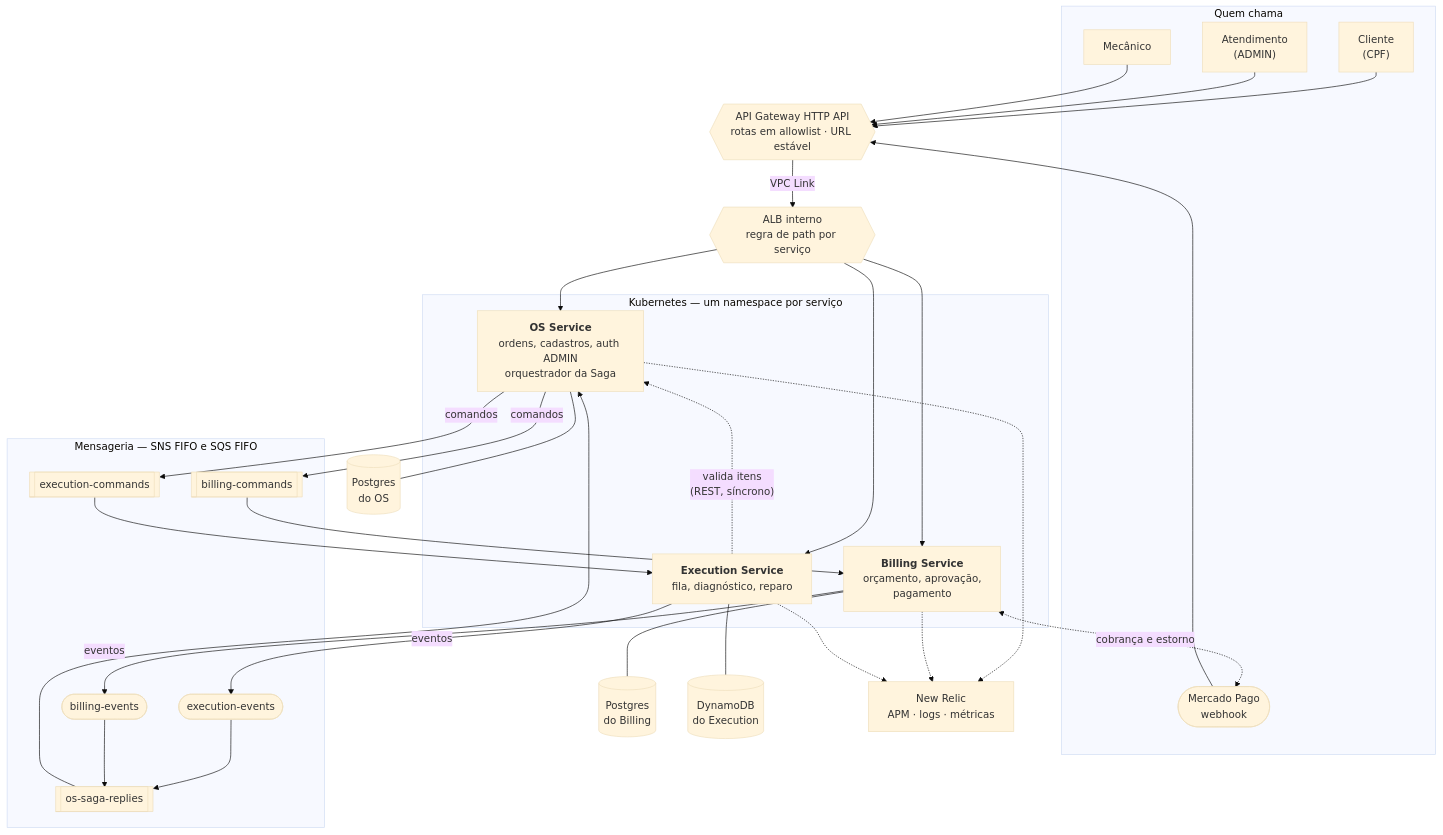
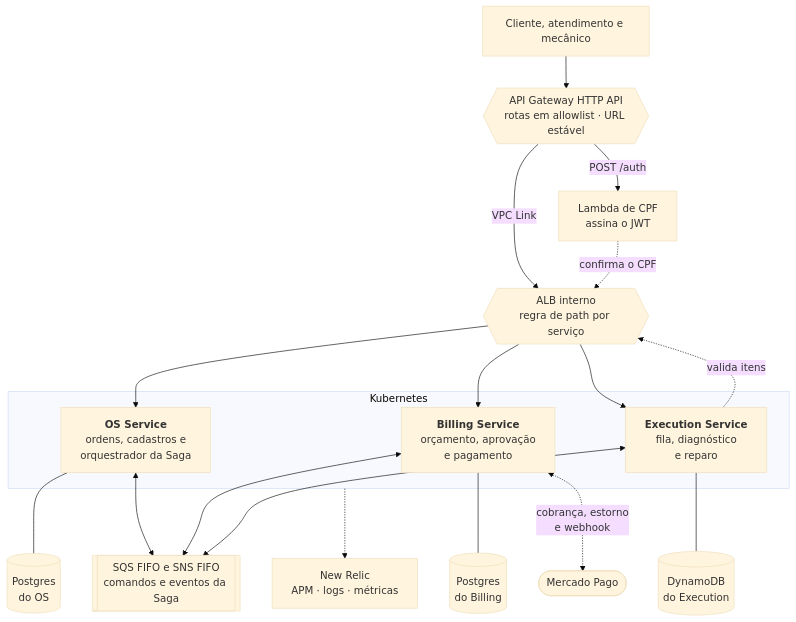
Before and after one commit to CleytonOngaratto/fiap-fase4-os-service: the diagram in docs/arquitetura/componentes.md, drawn with Mermaid (base theme). The commit also changed other lines of this file and 27 other files, not shown here.

````diff
--- a/docs/arquitetura/componentes.md
+++ b/docs/arquitetura/componentes.md
@@ -12,62 +13,40 @@
 ```mermaid
 flowchart TB
-    subgraph clientes["Quem chama"]
-        CLI["Cliente<br/>(CPF)"]
-        ADM["Atendimento<br/>(ADMIN)"]
-        MEC["Mecânico"]
-        MP(["Mercado Pago<br/>webhook"])
-    end
-
+    USR["Cliente, atendimento e mecânico"]
     GW{{"API Gateway HTTP API<br/>rotas em allowlist · URL estável"}}
+    LAM["Lambda de CPF<br/>assina o JWT"]
     ALB{{"ALB interno<br/>regra de path por serviço"}}
 
-    subgraph eks["Kubernetes — um namespace por serviço"]
-        OS["<b>OS Service</b><br/>ordens, cadastros, auth ADMIN<br/>orquestrador da Saga"]
-        BIL["<b>Billing Service</b><br/>orçamento, aprovação,<br/>pagamento"]
-        EXE["<b>Execution Service</b><br/>fila, diagnóstico, reparo"]
+    subgraph eks["Kubernetes"]
+        OS["<b>OS Service</b><br/>ordens, cadastros e<br/>orquestrador da Saga"]
+        BIL["<b>Billing Service</b><br/>orçamento, aprovação<br/>e pagamento"]
+        EXE["<b>Execution Service</b><br/>fila, diagnóstico<br/>e reparo"]
     end
 
     OSDB[("Postgres<br/>do OS")]
     BILDB[("Postgres<br/>do Billing")]
     EXEDB[("DynamoDB<br/>do Execution")]
-
-    subgraph msg["Mensageria — SNS FIFO e SQS FIFO"]
-        ECQ[["execution-commands"]]
-        BCQ[["billing-commands"]]
-        ET(["execution-events"])
-        BT(["billing-events"])
-        RQ[["os-saga-replies"]]
-    end
-
+    MSG[["SQS FIFO e SNS FIFO<br/>comandos e eventos da Saga"]]
+    MP(["Mercado Pago"])
     NR["New Relic<br/>APM · logs · métricas"]
 
-    CLI --> GW
-    ADM --> GW
-    MEC --> GW
-    MP --> GW
+    USR --> GW
+    GW -->|POST /auth| LAM
     GW -->|VPC Link| ALB
+    LAM -.->|confirma o CPF| ALB
     ALB --> OS
     ALB --> BIL
     ALB --> EXE
+    EXE -.->|valida itens| ALB
 
     OS --- OSDB
     BIL --- BILDB
     EXE --- EXEDB
 
-    OS -->|comandos| ECQ
-    OS -->|comandos| BCQ
-    ECQ --> EXE
-    BCQ --> BIL
-    EXE -->|eventos| ET
-    BIL -->|eventos| BT
-    ET --> RQ
-    BT --> RQ
-    RQ --> OS
+    OS <--> MSG
+    BIL <--> MSG
+    EXE <--> MSG
 
-    EXE -.->|"valida itens<br/>(REST, síncrono)"| OS
-    BIL <-.->|"cobrança e estorno"| MP
-
-    OS -.-> NR
-    BIL -.-> NR
-    EXE -.-> NR
+    BIL <-.->|"cobrança, estorno<br/>e webhook"| MP
+    eks -.-> NR
 ```
````
